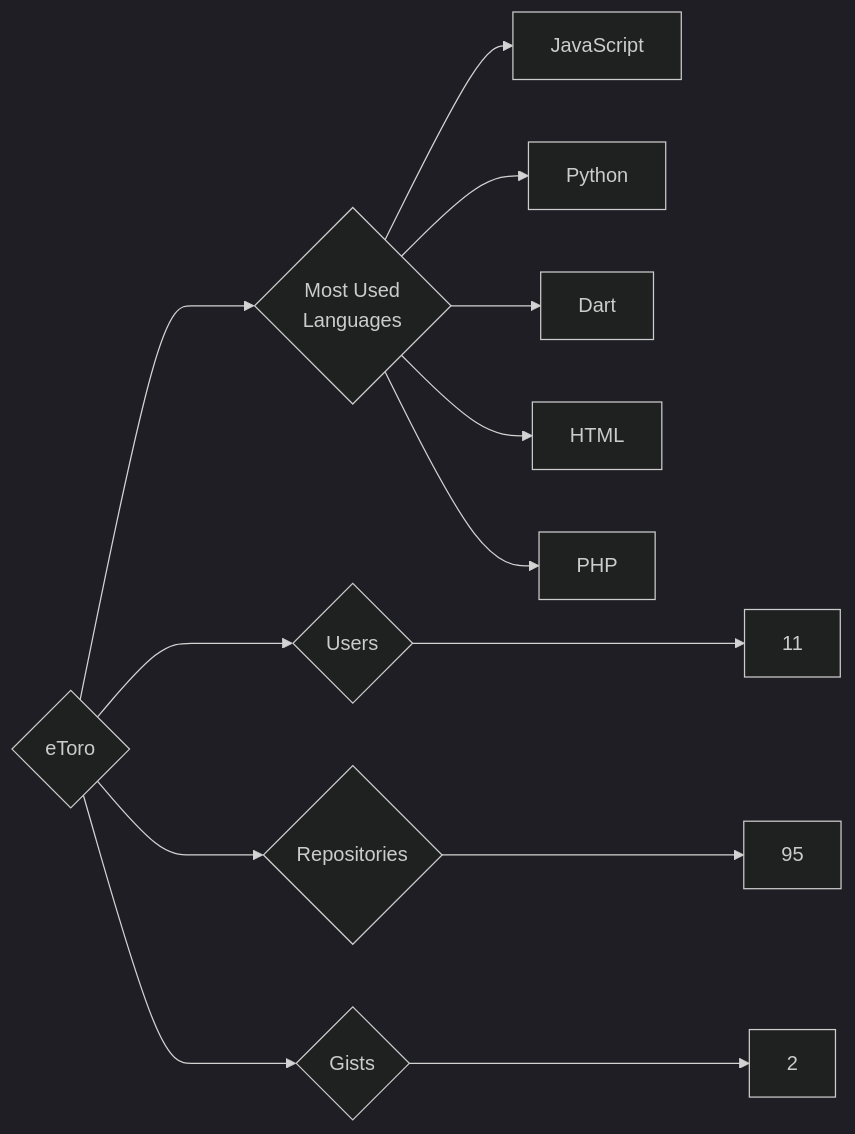
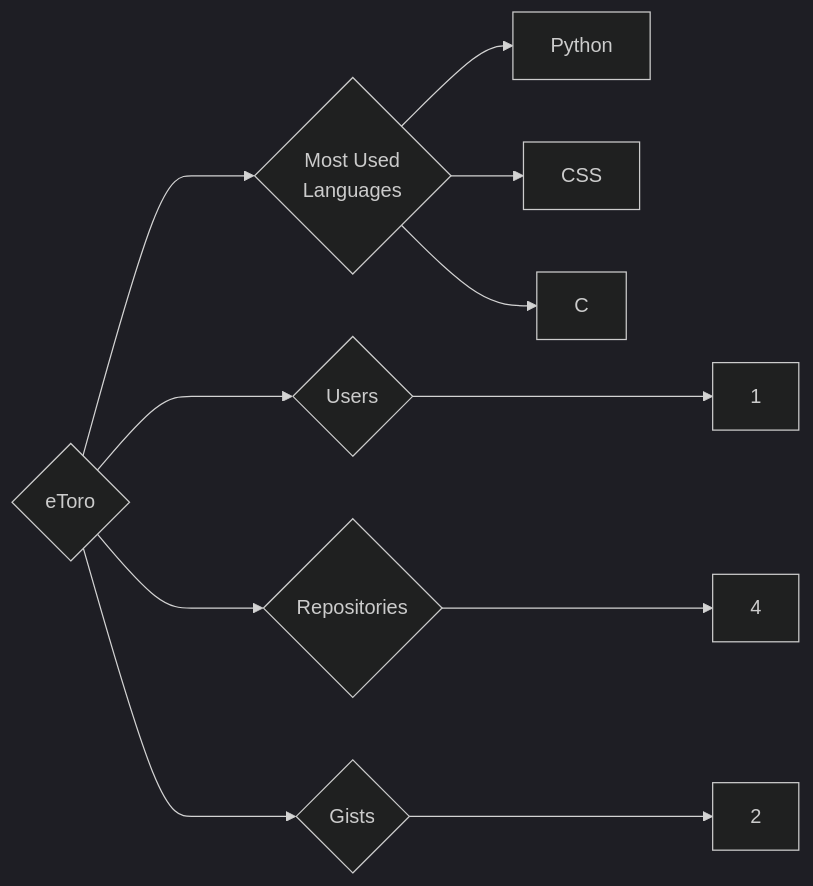
Before and after one commit to trickest/insiders: the diagram in targets/eToro/README.md, drawn with Mermaid (dark theme). The commit also changed 970 other files, not shown here.

````diff
--- a/targets/eToro/README.md
+++ b/targets/eToro/README.md
@@ -3,13 +3,11 @@
 ```mermaid
 graph LR
 COMPANY_NAME{eToro}
-COMPANY_NAME ---> U{Users} ---> UN[11]
-COMPANY_NAME ---> R{Repositories} ---> RN[95]
+COMPANY_NAME ---> U{Users} ---> UN[1]
+COMPANY_NAME ---> R{Repositories} ---> RN[4]
 COMPANY_NAME ---> G{Gists} ---> GN[2]
 COMPANY_NAME ---> ML{Most Used<br>Languages}
-ML --> JavaScript[JavaScript]
 ML --> Python[Python]
-ML --> Dart[Dart]
-ML --> HTML[HTML]
-ML --> PHP[PHP]
+ML --> CSS[CSS]
+ML --> C[C]
 ```
````
